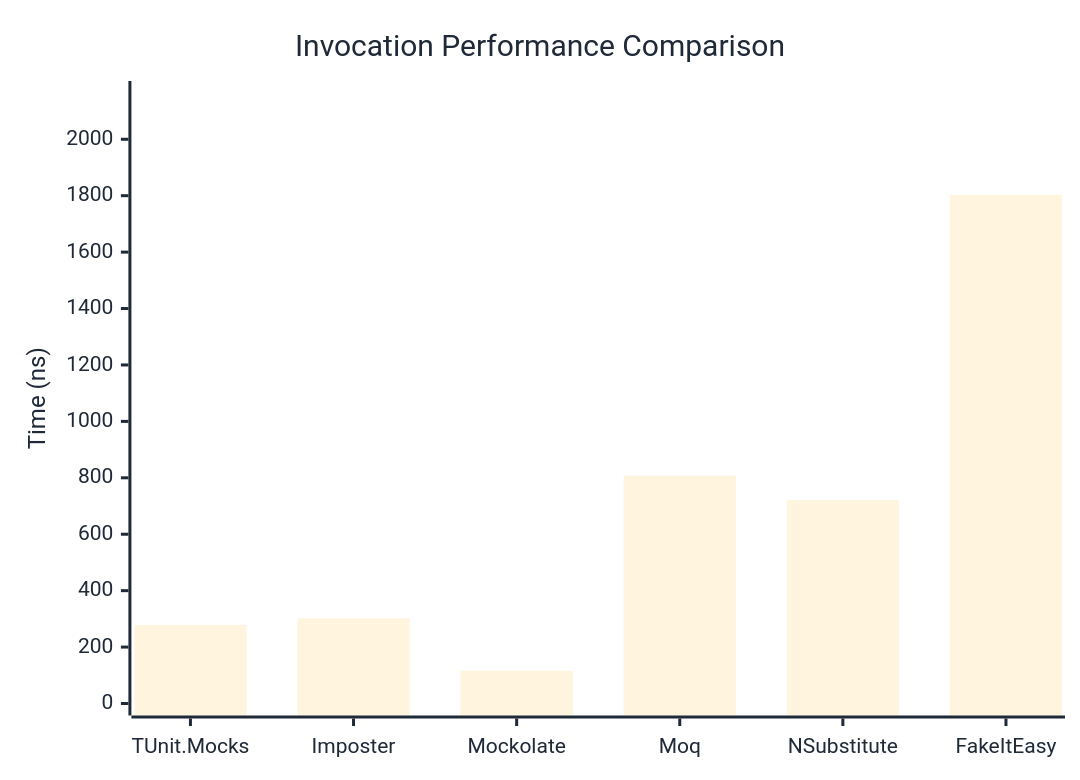
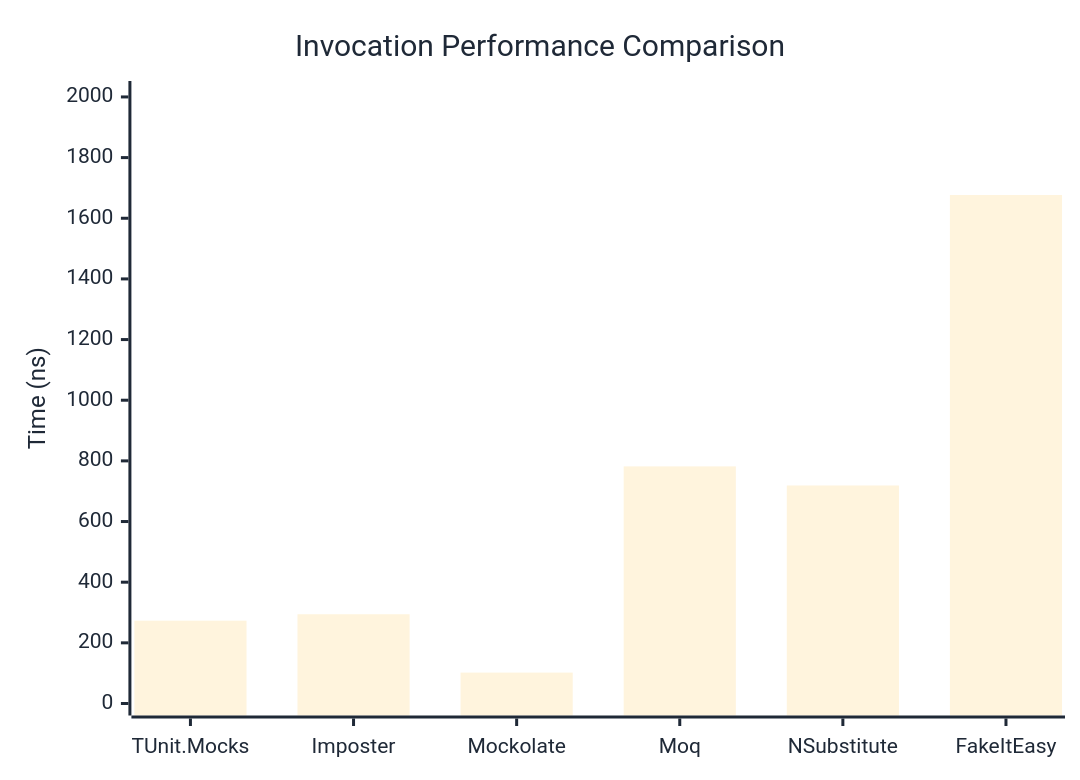
Before and after one commit to thomhurst/TUnit: the first of 3 diagrams in docs/docs/benchmarks/mocks/Invocation.md, drawn with Mermaid. The commit also changed other lines of this file and 14 other files, not shown here.

````diff
--- a/docs/docs/benchmarks/mocks/Invocation.md
+++ b/docs/docs/benchmarks/mocks/Invocation.md
@@ -30,27 +30,27 @@
 ```mermaid
 %%{init: {
   'theme':'base',
   'themeVariables': {
     'primaryColor': '#2563eb',
     'primaryTextColor': '#1f2937',
     'primaryBorderColor': '#1e40af',
     'lineColor': '#6b7280',
     'secondaryColor': '#7c3aed',
     'tertiaryColor': '#dc2626',
     'background': '#ffffff',
     'pie1': '#2563eb',
     'pie2': '#7c3aed',
     'pie3': '#dc2626',
     'pie4': '#f59e0b',
     'pie5': '#10b981',
     'pie6': '#06b6d4',
     'pie7': '#ec4899',
     'pie8': '#6366f1'
   }
 }}%%
 xychart-beta
   title "Invocation Performance Comparison"
   x-axis ["TUnit.Mocks", "Imposter", "Mockolate", "Moq", "NSubstitute", "FakeItEasy"]
-  y-axis "Time (ns)" 0 --> 2164
-  bar [278.8, 302.2, 116.19, 807.41, 720.58, 1802.93]
+  y-axis "Time (ns)" 0 --> 2013
+  bar [273.1, 294.26, 101.89, 781.84, 718.88, 1676.72]
 ```
````
